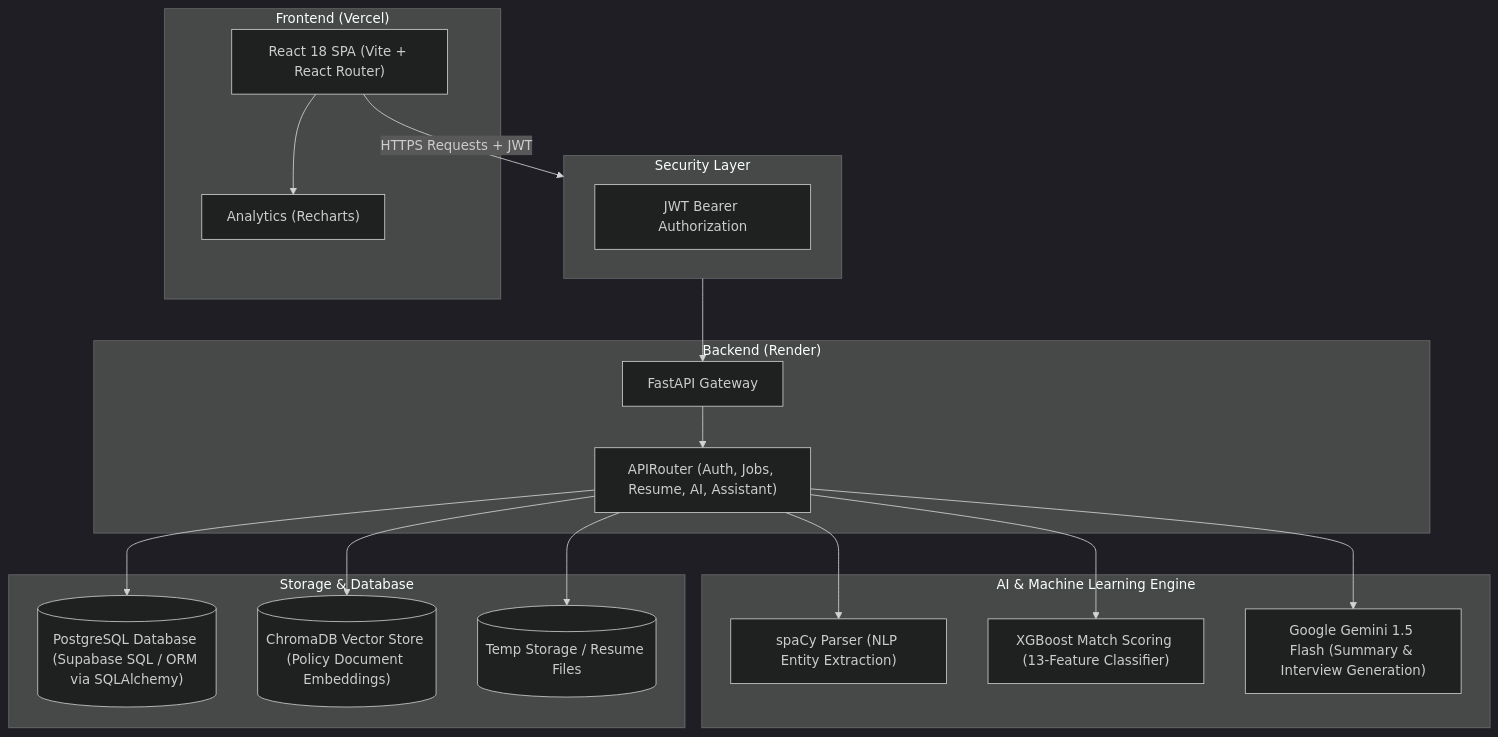
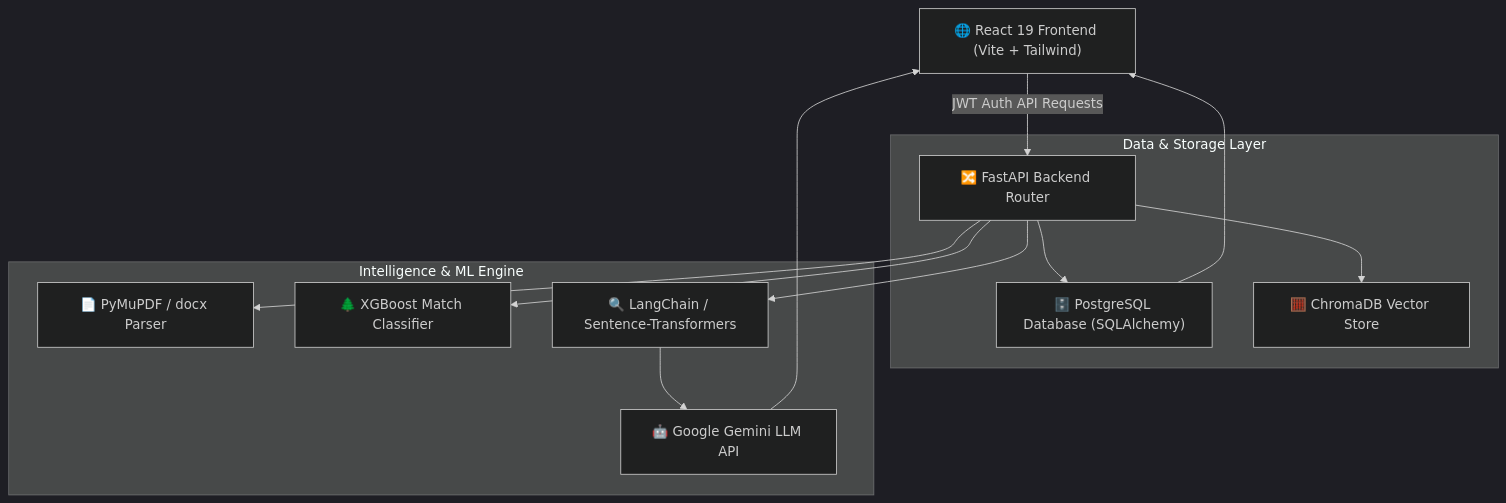
The first of 5 diagrams in README.md (mansi-wagh/RecruitIQ), drawn with Mermaid (dark theme) before and after one commit. The commit also changed other lines of this file, not shown here.

````diff
--- a/README.md
+++ b/README.md
@@ -84,39 +111,19 @@
 ```mermaid
-flowchart TB
-    subgraph Frontend ["Frontend (Vercel)"]
-        SPA["React 18 SPA (Vite + React Router)"]
-        Charts["Analytics (Recharts)"]
-        SPA --> Charts
+graph TD
+    UI["🌐 React 19 Frontend (Vite + Tailwind)"] -->|JWT Auth API Requests| API["🔀 FastAPI Backend Router"]
+    
+    subgraph Data & Storage Layer
+        API --> DB["🗄️ PostgreSQL Database (SQLAlchemy)"]
+        API --> VEC["🧮 ChromaDB Vector Store"]
     end
-
-    subgraph Security ["Security Layer"]
-        JWT["JWT Bearer Authorization"]
+    
+    subgraph Intelligence & ML Engine
+        API --> PARSER["📄 PyMuPDF / docx Parser"]
+        API --> XGB["🌲 XGBoost Match Classifier"]
+        API --> RAG["🔍 LangChain / Sentence-Transformers"]
+        RAG --> GEMINI["🤖 Google Gemini LLM API"]
     end
-
-    subgraph Backend ["Backend (Render)"]
-        API["FastAPI Gateway"]
-        Router["APIRouter (Auth, Jobs, Resume, AI, Assistant)"]
-        API --> Router
-    end
-
-    subgraph AI_Engine ["AI & Machine Learning Engine"]
-        spaCy["spaCy Parser (NLP Entity Extraction)"]
-        XGB["XGBoost Match Scoring (13-Feature Classifier)"]
-        Gemini["Google Gemini 1.5 Flash (Summary & Interview Generation)"]
-    end
-
-    subgraph Storage_DB ["Storage & Database"]
-        Postgres[("PostgreSQL Database (Supabase SQL / ORM via SQLAlchemy)")]
-        ChromaDB[("ChromaDB Vector Store (Policy Document Embeddings)")]
-        Files[("Temp Storage / Resume Files")]
-    end
-
-    SPA -- HTTPS Requests + JWT --> Security
-    Security --> API
-    Router --> spaCy
-    Router --> XGB
-    Router --> Gemini
-    Router --> Postgres
-    Router --> ChromaDB
-    Router --> Files
+    
+    DB --> UI
+    GEMINI --> UI
 ```
````
